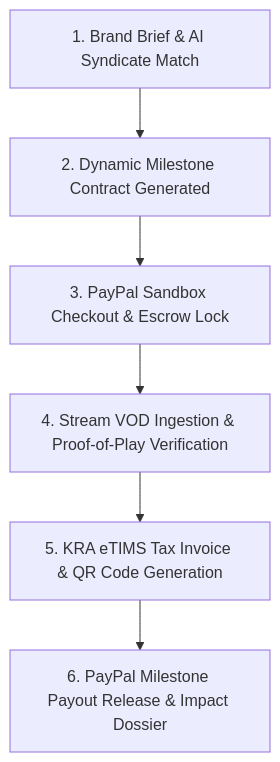
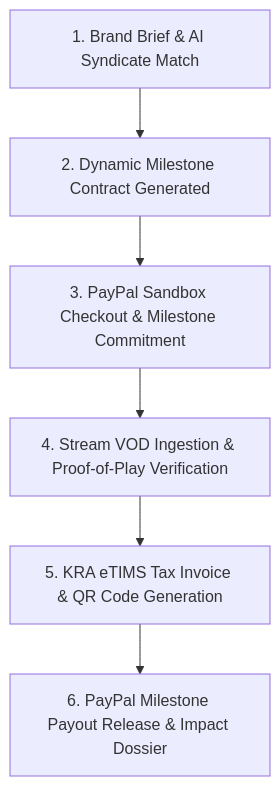
Before and after one commit to Ryanjuguna/barbah-sponsorplay: the fourth of 4 diagrams in SPONSORPLAY_MASTER_BLUEPRINT.md, drawn with Mermaid. The commit also changed other lines of this file and 5 other files, not shown here.

Commit message:
Complete repository-wide documentation audit: purge escrow terminology and enforce PayPal programmatic milestone ledger across all architecture specs

````diff
--- a/SPONSORPLAY_MASTER_BLUEPRINT.md
+++ b/SPONSORPLAY_MASTER_BLUEPRINT.md
@@ -272,8 +272,8 @@
 ```mermaid
 graph TD
     Step1[1. Brand Brief & AI Syndicate Match] --> Step2[2. Dynamic Milestone Contract Generated]
-    Step2 --> Step3[3. PayPal Sandbox Checkout & Escrow Lock]
+    Step2 --> Step3[3. PayPal Sandbox Checkout & Milestone Commitment]
     Step3 --> Step4[4. Stream VOD Ingestion & Proof-of-Play Verification]
     Step4 --> Step5[5. KRA eTIMS Tax Invoice & QR Code Generation]
     Step5 --> Step6[6. PayPal Milestone Payout Release & Impact Dossier]
 ```
````
